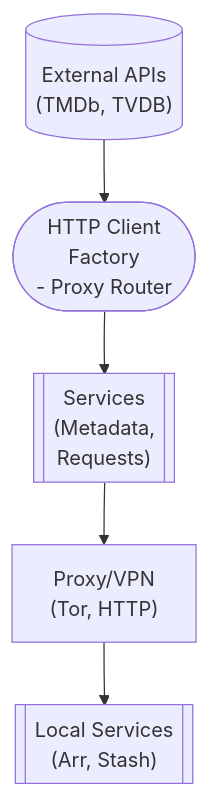
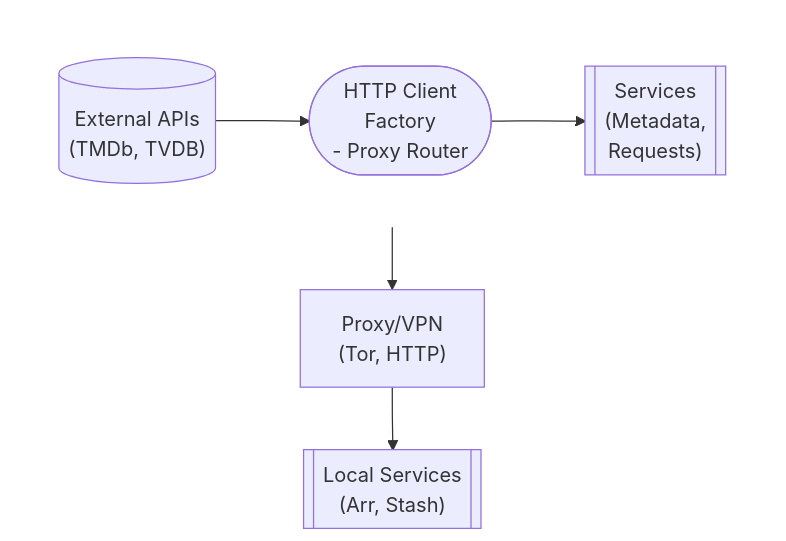
Before and after one commit to lusoris/revenge: the diagram in docs/dev/design/services/HTTP_CLIENT.md, drawn with Mermaid. The commit also changed 210 other files, not shown here.

First line of the commit message:
feat(docs): Add horizontal layout support for Mermaid diagrams

````diff
--- a/docs/dev/design/services/HTTP_CLIENT.md
+++ b/docs/dev/design/services/HTTP_CLIENT.md
@@ -126,12 +126,18 @@
 ```mermaid
 flowchart TD
-    node1[("External APIs<br/>(TMDb, TVDB)")]
-    node2(["HTTP Client<br/>Factory<br/>- Proxy Router"])
-    node3[["Services<br/>(Metadata,<br/>Requests)"]]
+    subgraph row1[ ]
+        direction LR
+        node1[("External APIs<br/>(TMDb, TVDB)")]
+        node2(["HTTP Client<br/>Factory<br/>- Proxy Router"])
+        node3[["Services<br/>(Metadata,<br/>Requests)"]]
+    end
     node4["Proxy/VPN<br/>(Tor, HTTP)"]
     node5[["Local Services<br/>(Arr, Stash)"]]
     node1 --> node2
     node2 --> node3
     node3 --> node4
     node4 --> node5
+
+    %% Hide row subgraph borders
+    style row1 fill:transparent,stroke:transparent
 ```
````
